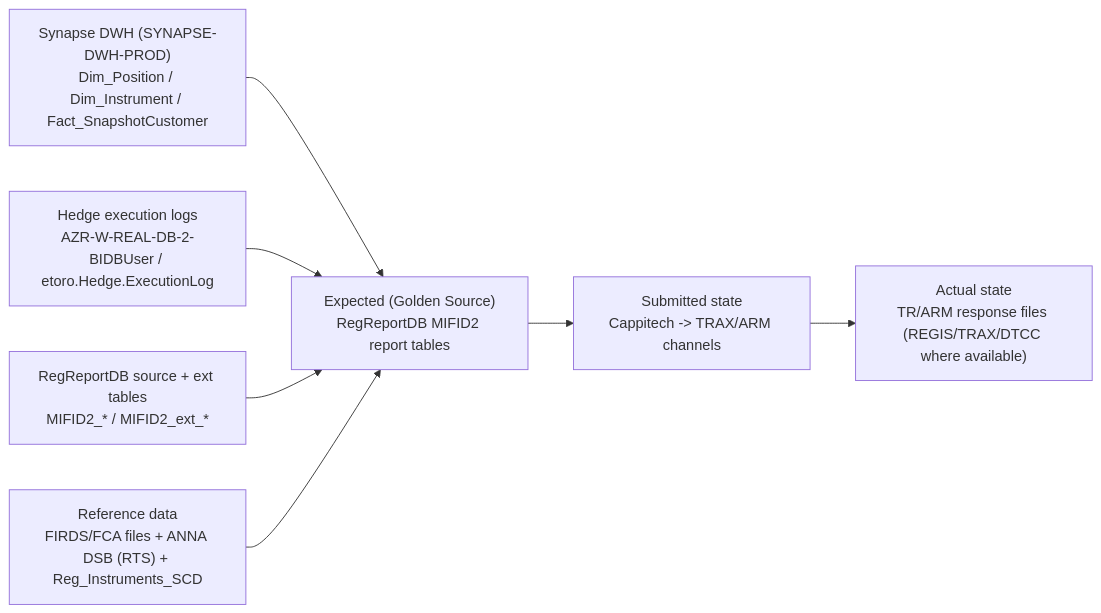
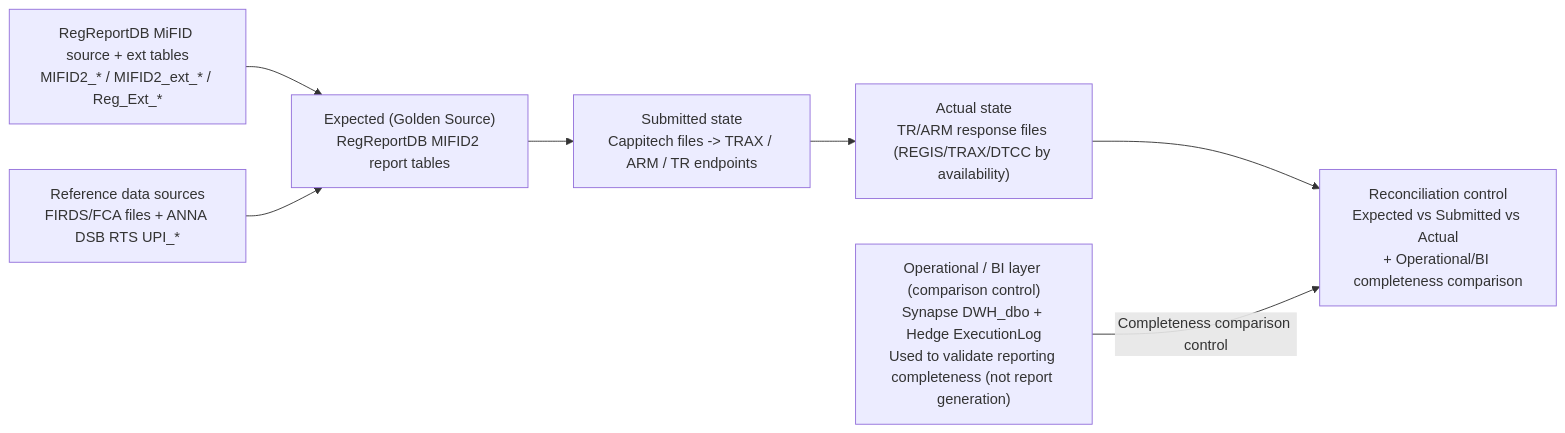
The diagram in docs/reporting-model-mifid-data-sources.md (valentinosko-hub/RegTech), drawn with Mermaid before and after one commit. The commit also changed 19 other files, not shown here.

Commit message:
Use <br/> line breaks and fix direct-reporting control semantics

````diff
--- a/docs/reporting-model-mifid-data-sources.md
+++ b/docs/reporting-model-mifid-data-sources.md
@@ -3,17 +3,14 @@
 ```mermaid
 flowchart LR
-  S1["Synapse DWH (SYNAPSE-DWH-PROD)<br/>Dim_Position / Dim_Instrument / Fact_SnapshotCustomer"]
-  S2["Hedge execution logs<br/>AZR-W-REAL-DB-2-BIDBUser / etoro.Hedge.ExecutionLog"]
-  S3["RegReportDB source + ext tables<br/>MIFID2_* / MIFID2_ext_*"]
-  S4["Reference data<br/>FIRDS/FCA files + ANNA DSB (RTS) + Reg_Instruments_SCD"]
+  OBI["Operational / BI layer (comparison control)<br/>Synapse DWH_dbo + Hedge ExecutionLog<br/>Used to validate reporting completeness (not report generation)"]
+  SRC["RegReportDB MiFID source + ext tables<br/>MIFID2_* / MIFID2_ext_* / Reg_Ext_*"]
+  REF["Reference data sources<br/>FIRDS/FCA files + ANNA DSB RTS UPI_*"]
+  EXP["Expected (Golden Source)<br/>RegReportDB MIFID2 report tables"]
+  SUB["Submitted state<br/>Cappitech files -> TRAX / ARM / TR endpoints"]
+  ACT["Actual state<br/>TR/ARM response files (REGIS/TRAX/DTCC by availability)"]
+  REC["Reconciliation control<br/>Expected vs Submitted vs Actual<br/>+ Operational/BI completeness comparison"]
 
-  EXP["Expected (Golden Source)<br/>RegReportDB MIFID2 report tables"]
-  SUB["Submitted state<br/>Cappitech -> TRAX/ARM channels"]
-  ACT["Actual state<br/>TR/ARM response files (REGIS/TRAX/DTCC where available)"]
-
-  S1 --> EXP
-  S2 --> EXP
-  S3 --> EXP
-  S4 --> EXP
-  EXP --> SUB --> ACT
+  SRC --> EXP --> SUB --> ACT --> REC
+  REF --> EXP
+  OBI -->|Completeness comparison control| REC
 ```
````
